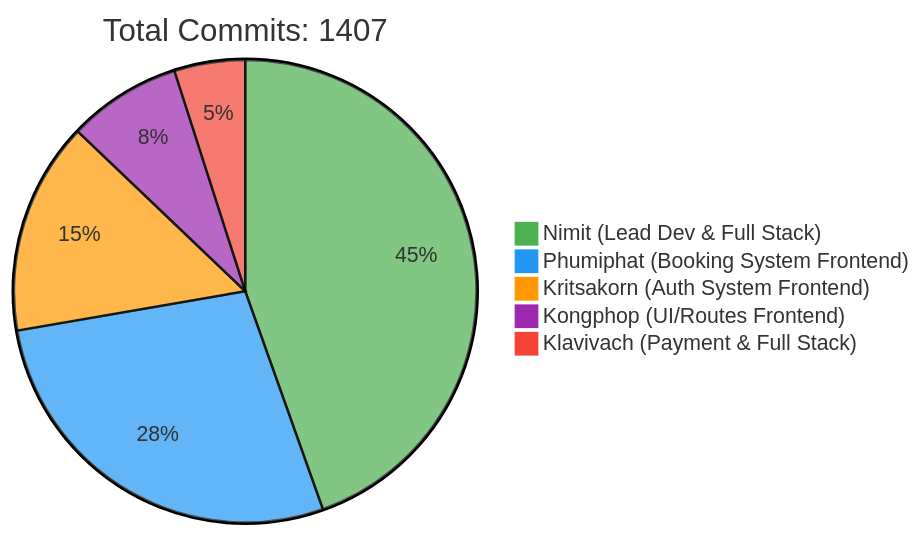
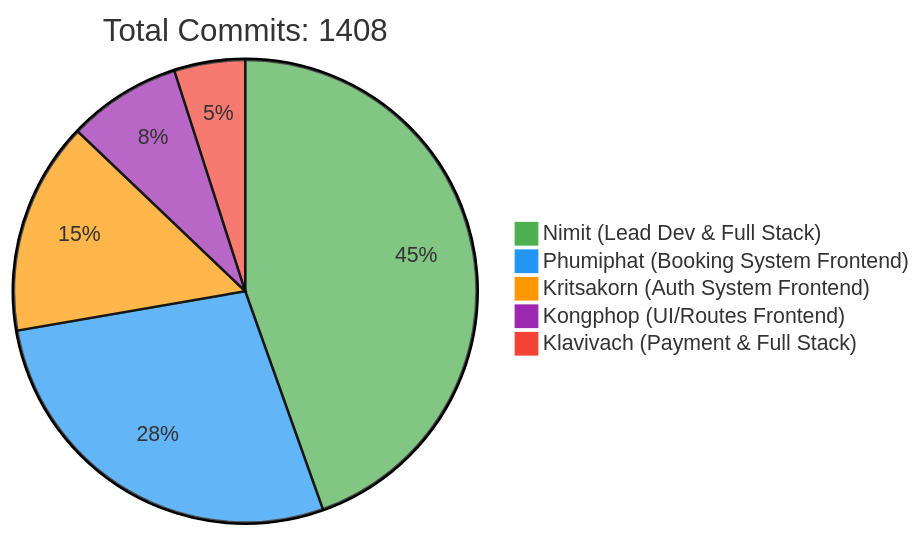
Before and after one commit to 6531503042/Sport-Complex: the first of 2 diagrams in README.md, drawn with Mermaid. The commit also changed other lines of this file, not shown here.

Commit message:
docs: Update contributor statistics [skip ci]

````diff
--- a/README.md
+++ b/README.md
@@ -257,10 +257,10 @@
 ```mermaid
 %%{init: {'theme': 'base', 'themeVariables': { 'pie1': '#4CAF50', 'pie2': '#2196F3', 'pie3': '#FF9800', 'pie4': '#9C27B0', 'pie5': '#F44336'}}}%%
 pie
-    title Total Commits: 1407
+    title Total Commits: 1408
     "Nimit (Lead Dev & Full Stack)" : 450
     "Phumiphat (Booking System Frontend)" : 280
     "Kritsakorn (Auth System Frontend)" : 150
     "Kongphop (UI/Routes Frontend)" : 80
     "Klavivach (Payment & Full Stack)" : 50
 ```
````
